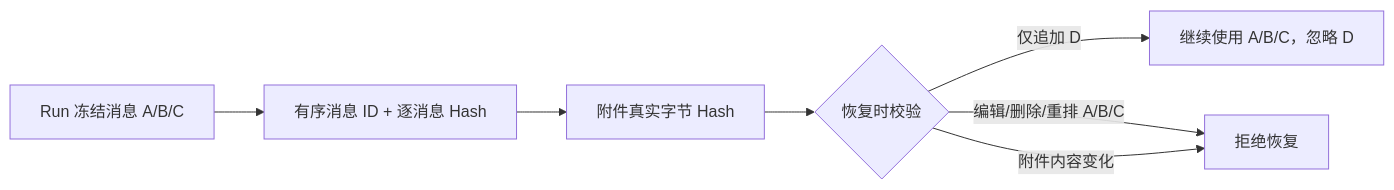
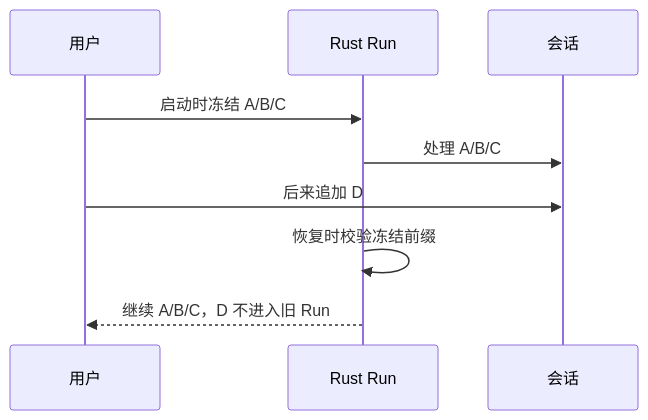
One commit to tushanmiao/Mnemora changed the second of 4 diagrams in md/Summary/01-深度笔记.md. Above: the diagram before and after it, drawn with Mermaid. The commit also changed other lines of this file and 45 other files, not shown here.

````diff
--- a/md/Summary/01-深度笔记.md
+++ b/md/Summary/01-深度笔记.md
@@ -45,9 +142,11 @@
 ```mermaid
-flowchart LR
-    A[Run 冻结消息 A/B/C] --> B[有序消息 ID + 逐消息 Hash]
-    B --> C[附件真实字节 Hash]
-    C --> D{恢复时校验}
-    D -- 仅追加 D --> E[继续使用 A/B/C，忽略 D]
-    D -- 编辑/删除/重排 A/B/C --> F[拒绝恢复]
-    D -- 附件内容变化 --> F
+sequenceDiagram
+    participant U as 用户
+    participant R as Rust Run
+    participant C as 会话
+    U->>R: 启动时冻结 A/B/C
+    R->>C: 处理 A/B/C
+    U->>C: 后来追加 D
+    R->>R: 恢复时校验冻结前缀
+    R-->>U: 继续 A/B/C，D 不进入旧 Run
 ```
````
